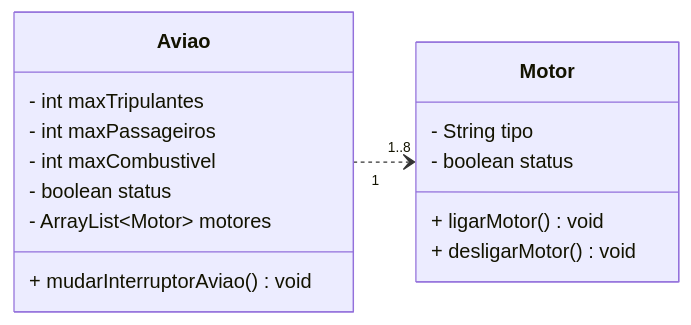
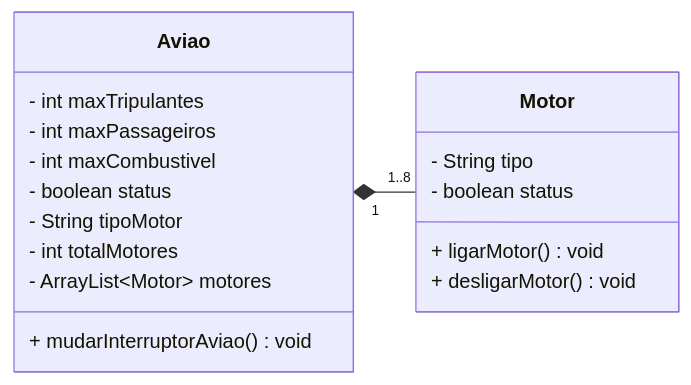
Before and after one commit to angeloyuna/ADS-POO7862-2026-2: the second of 2 diagrams in aulas/2026-09-29/Readme.md, drawn with Mermaid. The commit also changed other lines of this file and 21 other files, not shown here.

````diff
--- a/aulas/2026-09-29/Readme.md
+++ b/aulas/2026-09-29/Readme.md
@@ -95,22 +143,24 @@
 ```mermaid
 classDiagram
     direction LR
 
     class Aviao {
         - int maxTripulantes
         - int maxPassageiros
         - int maxCombustivel
         - boolean status
+        - String tipoMotor
+        - int totalMotores
         - ArrayList~Motor~ motores
         + mudarInterruptorAviao() void
     }
 
     class Motor {
         - String tipo
         - boolean status
         + ligarMotor() void
         + desligarMotor() void
     }
 
-    Aviao "1"..>"1..8" Motor
+    Aviao "1"*--"1..8" Motor
 ```
````
